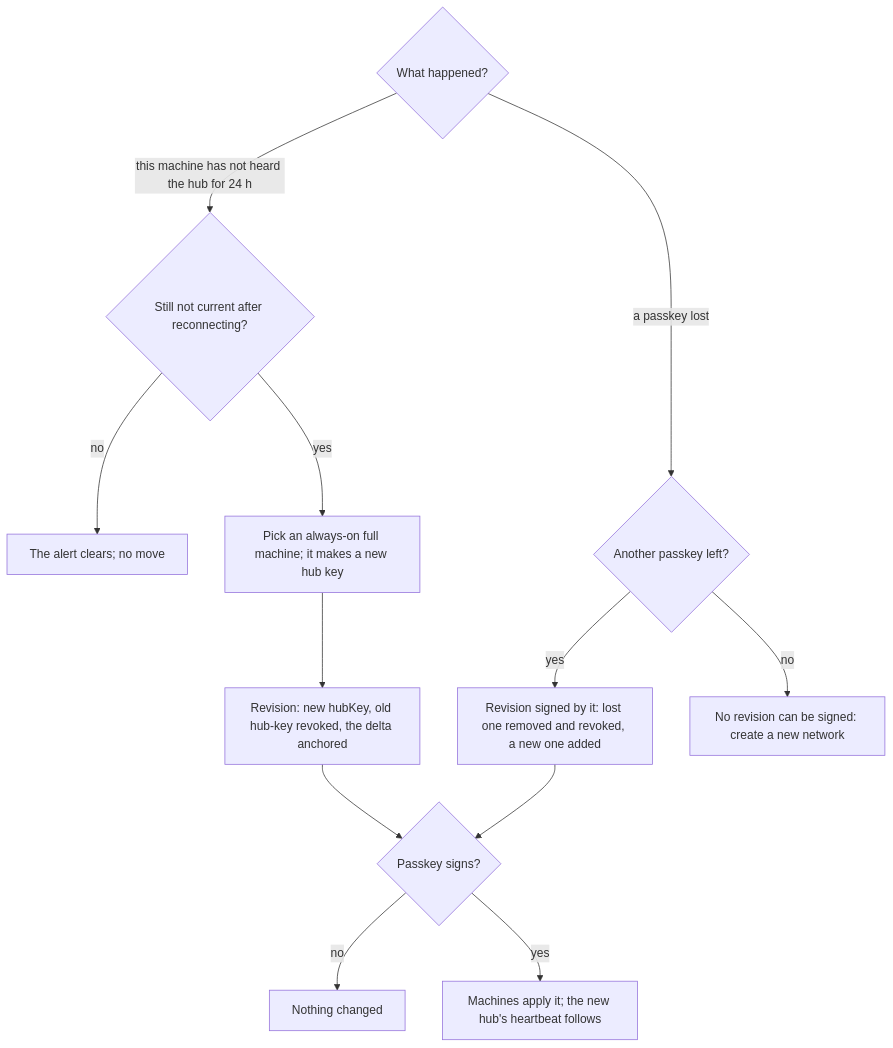
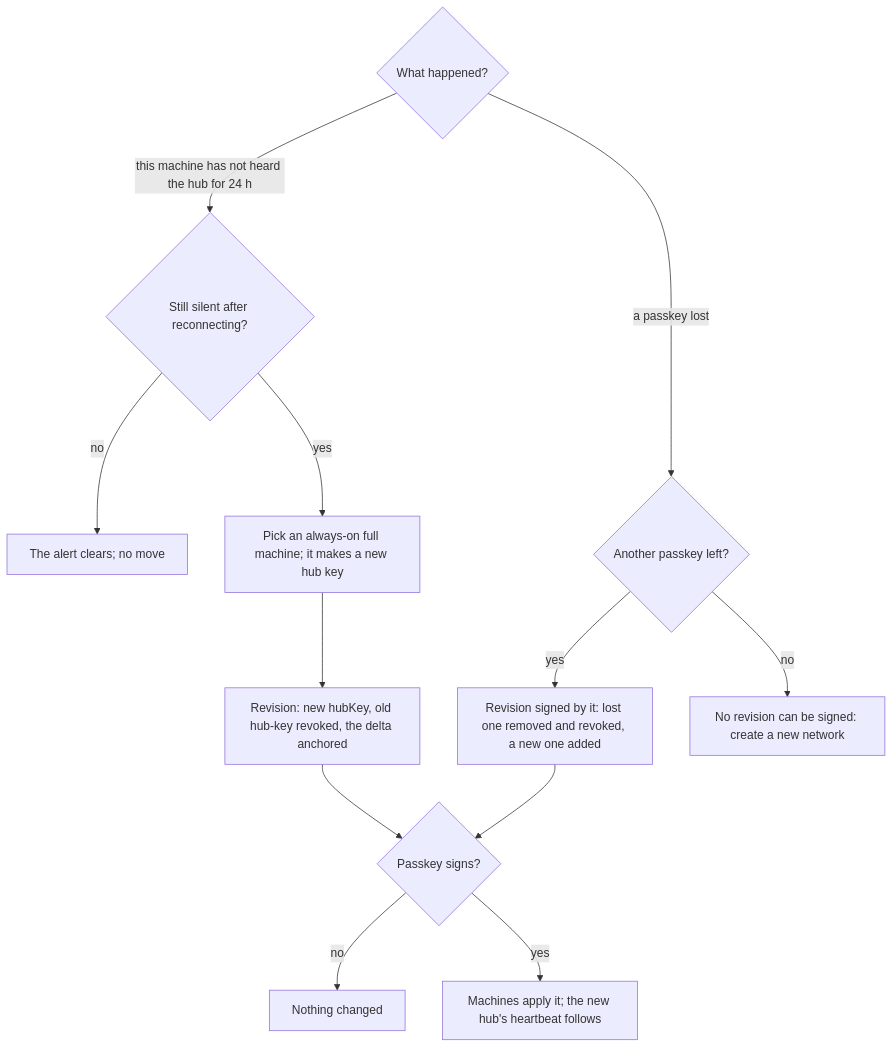
One commit to passioncode-ai/fabric-agent-contract changed diagram 27 of 27 in docs/ux/flows.md. Above: the diagram before and after it, drawn with Mermaid. The commit also changed other lines of this file and 22 other files, not shown here.

````diff
--- a/docs/ux/flows.md
+++ b/docs/ux/flows.md
@@ -662,14 +662,14 @@
 ```mermaid
 flowchart TD
-  A{What happened?} -->|this machine has not heard the hub for 24 h| C{Still not current after reconnecting?}
+  A{What happened?} -->|this machine has not heard the hub for 24 h| C{Still silent after reconnecting?}
   C -->|no| Z[The alert clears; no move]
   C -->|yes| M[Pick an always-on full machine; it makes a new hub key]
   M --> R[Revision: new hubKey, old hub-key revoked, the delta anchored]
   A -->|a passkey lost| P{Another passkey left?}
   P -->|yes| Q[Revision signed by it: lost one removed and revoked, a new one added]
   P -->|no| N[No revision can be signed: create a new network]
   R --> S{Passkey signs?}
   Q --> S
   S -->|no| X[Nothing changed]
   S -->|yes| D[Machines apply it; the new hub's heartbeat follows]
 ```
````
